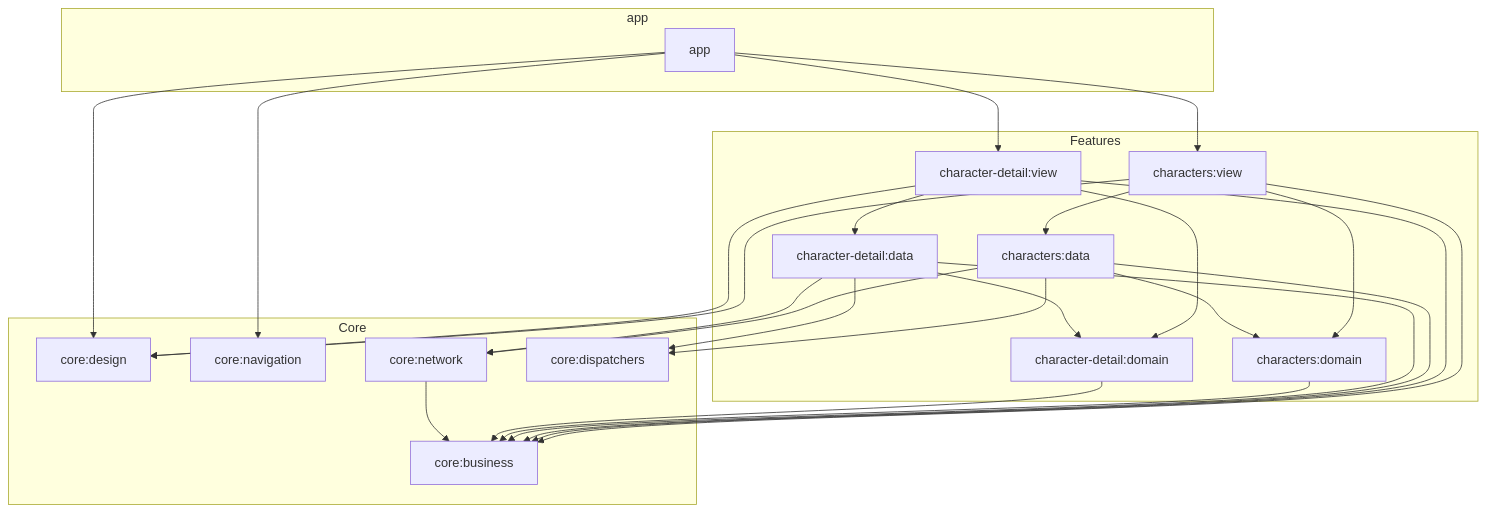
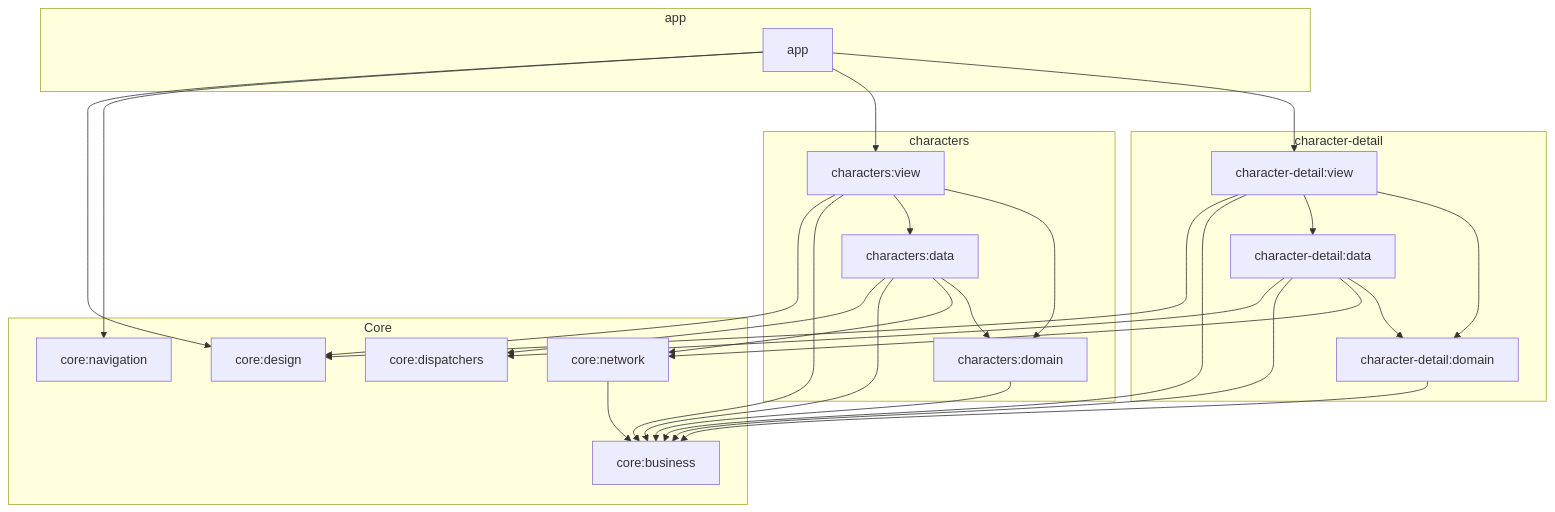
Before and after one commit to haldny/DragonBall-Compose: the first of 2 diagrams in README.md, drawn with Mermaid. The commit also changed other lines of this file, not shown here.

Commit message:
Create subgraph for features

````diff
--- a/README.md
+++ b/README.md
@@ -42,53 +42,56 @@
 ```mermaid
 flowchart TB
   subgraph app_mod["app"]
     APP[app]
   end
 
-  subgraph features["Features"]
+  subgraph characters_feat["characters"]
     CV[characters:view]
-    CDV[character-detail:view]
     CDATA[characters:data]
     CDOMAIN[characters:domain]
+  end
+
+  subgraph detail_feat["character-detail"]
+    CDV[character-detail:view]
     DDATA[character-detail:data]
     DDOMAIN[character-detail:domain]
   end
 
   subgraph core["Core"]
     DESIGN[core:design]
     NAV[core:navigation]
     NET[core:network]
     BUS[core:business]
     DISP[core:dispatchers]
   end
 
   APP --> DESIGN
   APP --> NAV
   APP --> CV
   APP --> CDV
 
   CV --> DESIGN
   CV --> BUS
   CV --> CDATA
   CV --> CDOMAIN
 
   CDV --> DESIGN
   CDV --> BUS
   CDV --> DDATA
   CDV --> DDOMAIN
 
   CDATA --> DISP
   CDATA --> BUS
   CDATA --> NET
   CDATA --> CDOMAIN
 
   DDATA --> DISP
   DDATA --> BUS
   DDATA --> NET
   DDATA --> DDOMAIN
 
   CDOMAIN --> BUS
   DDOMAIN --> BUS
 
   NET --> BUS
 ```
````
